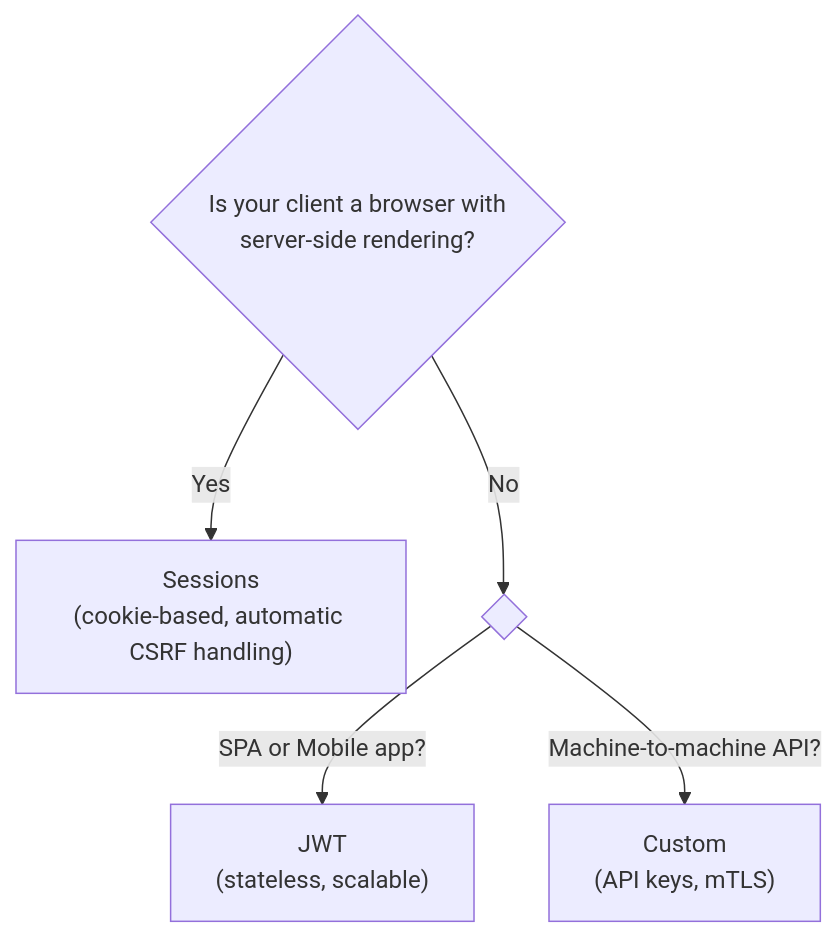
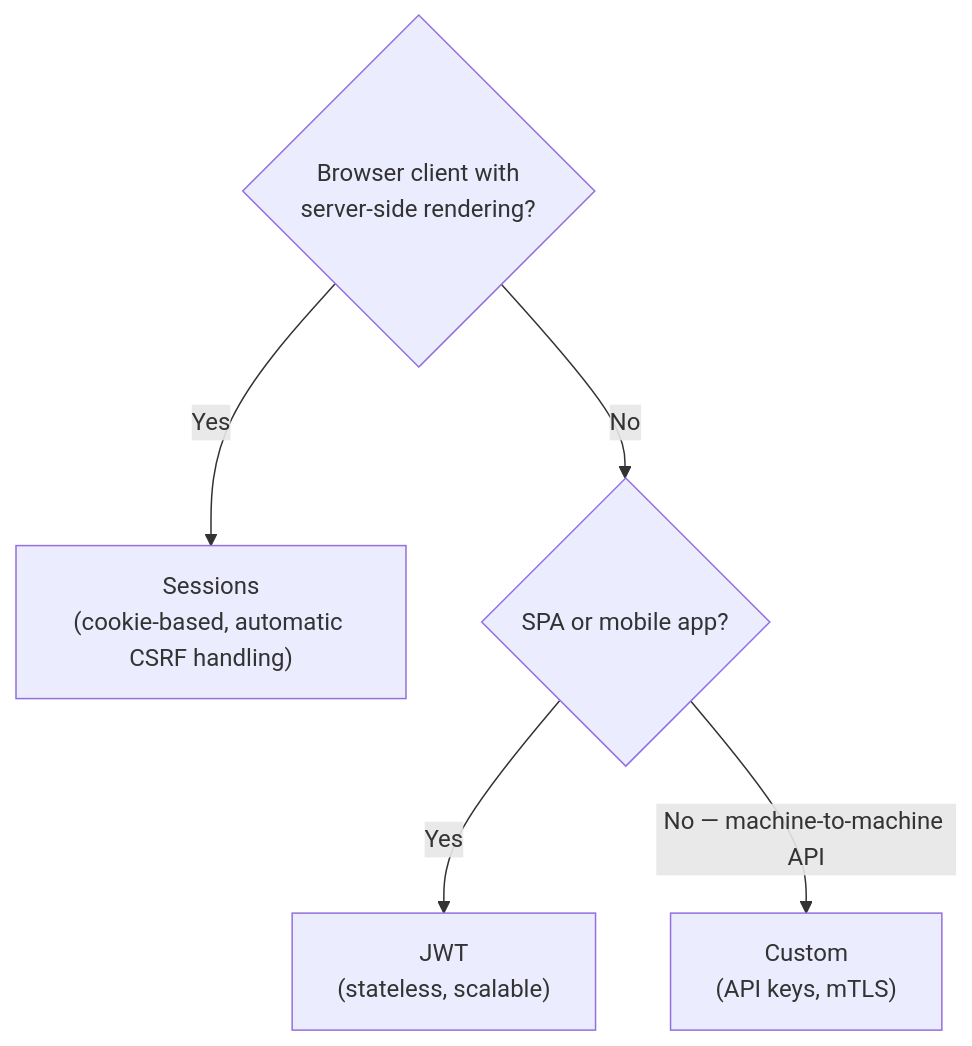
Before and after one commit to zeltjs/zelt: the first of 2 diagrams in website/docs/authentication/overview.md, drawn with Mermaid. The commit also changed other lines of this file and 7 other files, not shown here.

First line of the commit message:
docs(website): redesign remaining diagrams for reader-facing clarity

````diff
--- a/website/docs/authentication/overview.md
+++ b/website/docs/authentication/overview.md
@@ -30,8 +30,8 @@
 ```mermaid
 flowchart TD
-  ROOT{"Is your client a browser with<br/>server-side rendering?"}
-  ROOT -- "Yes" --> SESSIONS["Sessions<br/>(cookie-based, automatic CSRF handling)"]
-  ROOT -- "No" --> BRANCH{" "}
-  BRANCH -- "SPA or Mobile app?" --> JWT["JWT<br/>(stateless, scalable)"]
-  BRANCH -- "Machine-to-machine API?" --> CUSTOM["Custom<br/>(API keys, mTLS)"]
+  Q1{"Browser client with<br/>server-side rendering?"}
+  Q1 -- "Yes" --> SESSIONS["Sessions<br/>(cookie-based, automatic CSRF handling)"]
+  Q1 -- "No" --> Q2{"SPA or mobile app?"}
+  Q2 -- "Yes" --> JWT["JWT<br/>(stateless, scalable)"]
+  Q2 -- "No — machine-to-machine API" --> CUSTOM["Custom<br/>(API keys, mTLS)"]
 ```
````
